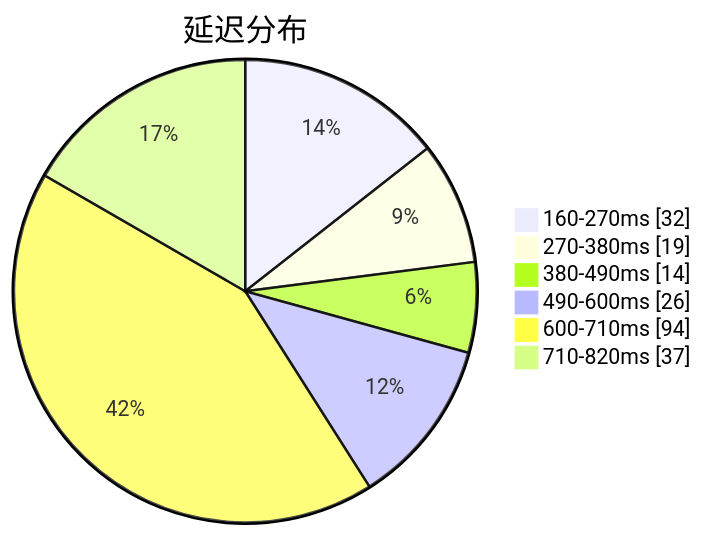
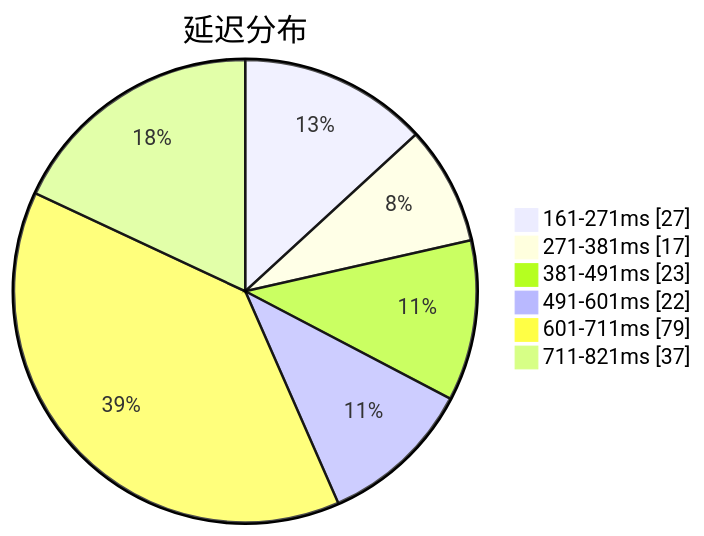
The first of 3 diagrams in subs/statistics/tested_within.md (qjlxg/airport), drawn with Mermaid before and after one commit. The commit also changed other lines of this file and 2 other files, not shown here.

Commit message:
Tested by metaST

````diff
--- a/subs/statistics/tested_within.md
+++ b/subs/statistics/tested_within.md
@@ -2,10 +2,10 @@
 ```mermaid
 pie showData
 title 延迟分布
-"160-270ms" : 32
-"270-380ms" : 19
-"380-490ms" : 14
-"490-600ms" : 26
-"600-710ms" : 94
-"710-820ms" : 37
+"161-271ms" : 27
+"271-381ms" : 17
+"381-491ms" : 23
+"491-601ms" : 22
+"601-711ms" : 79
+"711-821ms" : 37
 ```
````
